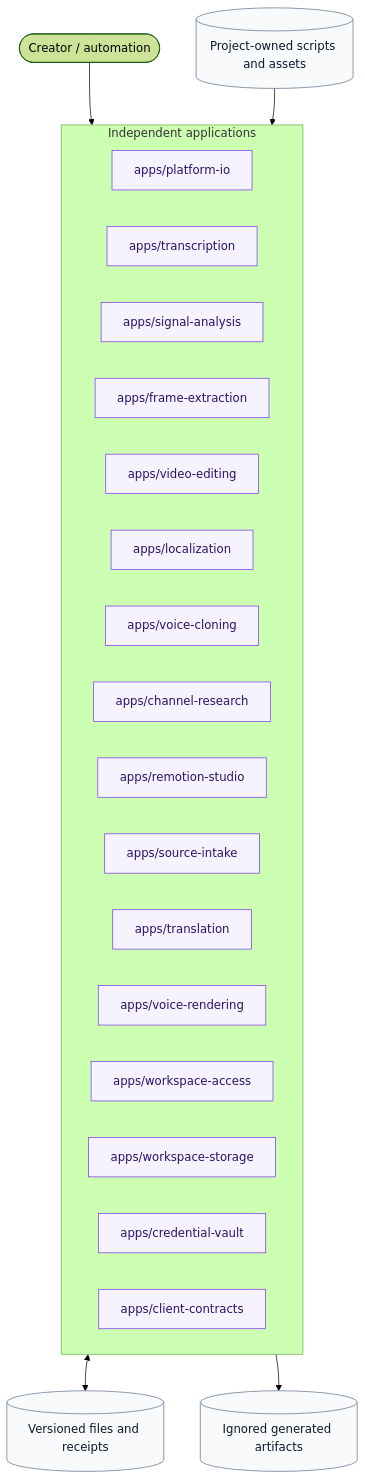
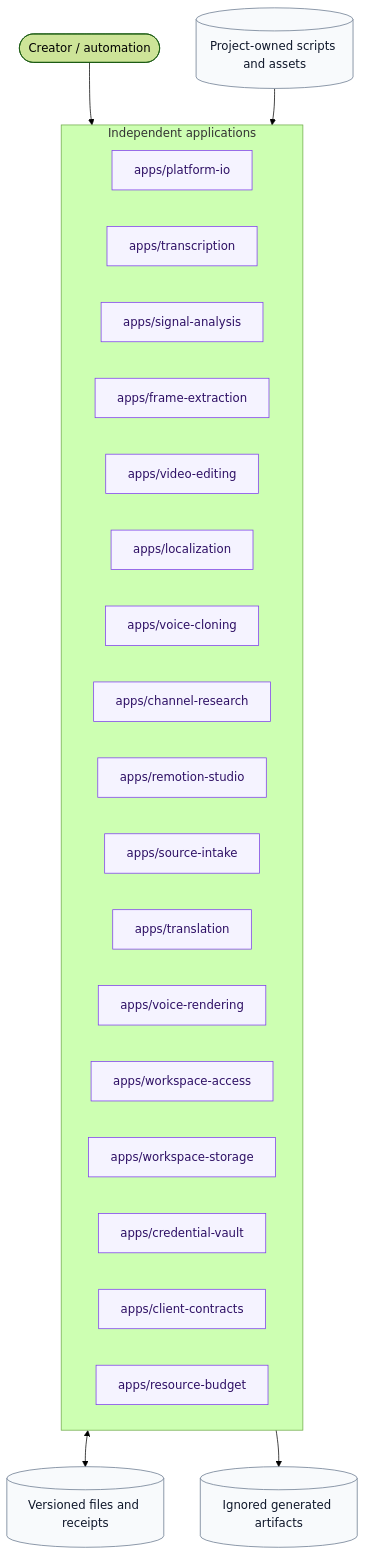
Before and after one commit to wohuishuo/cc-video-pipeline: the second of 2 diagrams in README.md, drawn with Mermaid (forest theme). The commit also changed other lines of this file and 20 other files, not shown here.

Commit message:
feat: add resource budget lease MVP

````diff
--- a/README.md
+++ b/README.md
@@ -79,35 +80,36 @@
 ```mermaid
 flowchart TB
     user([Creator / automation])
     subgraph apps[Independent applications]
       A[apps/platform-io]
       B[apps/transcription]
       C[apps/signal-analysis]
       D[apps/frame-extraction]
       E[apps/video-editing]
       F[apps/localization]
       G[apps/voice-cloning]
       H[apps/channel-research]
       I[apps/remotion-studio]
       J[apps/source-intake]
       K[apps/translation]
       L[apps/voice-rendering]
       M[apps/workspace-access]
       N[apps/workspace-storage]
       O[apps/credential-vault]
       P[apps/client-contracts]
+      Q[apps/resource-budget]
     end
     contracts[(Versioned files and receipts)]
     projects[(Project-owned scripts and assets)]
     outputs[(Ignored generated artifacts)]
 
     user --> apps
     apps <--> contracts
     projects --> apps
     apps --> outputs
 
     classDef boundary fill:#f5f3ff,stroke:#7c3aed,color:#2e1065;
     classDef data fill:#f8fafc,stroke:#64748b,color:#0f172a;
-    class A,B,C,D,E,F,G,H,I,J,K,L,M,N,O,P boundary;
+    class A,B,C,D,E,F,G,H,I,J,K,L,M,N,O,P,Q boundary;
     class contracts,projects,outputs data;
 ```
````
